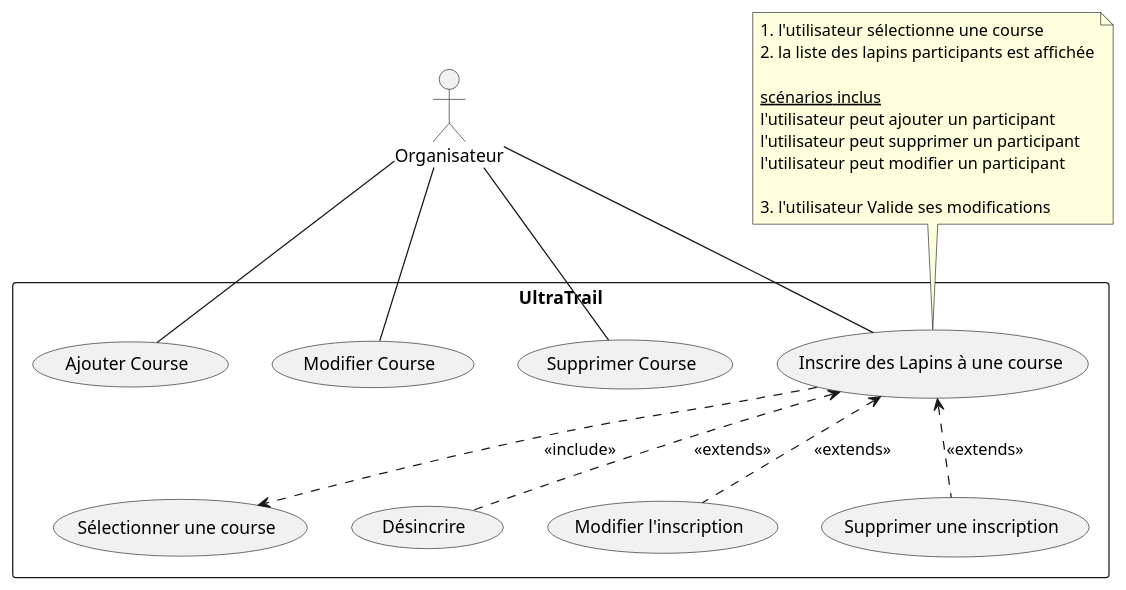
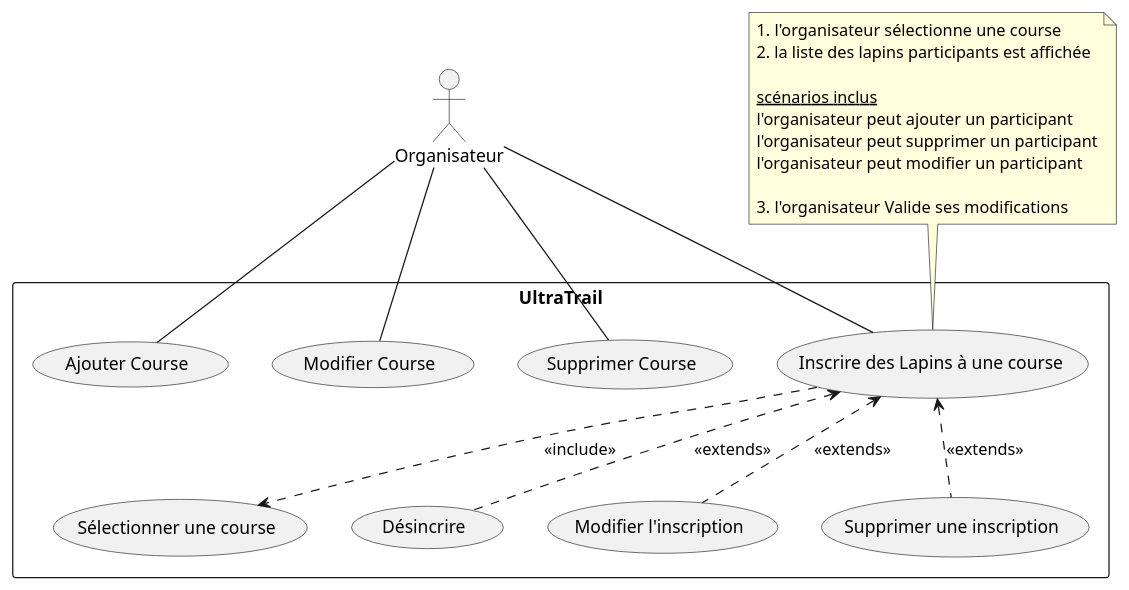
The diagram in readme.md (Enstso/UltraTrailDesLapins), drawn with PlantUML before and after one commit. The commit also changed other lines of this file and 23 other files, not shown here.

````diff
--- a/readme.md
+++ b/readme.md
@@ -11,26 +52,26 @@
 ```plantuml
 @startuml cas d'utilisation
 Organisateur as Organisateur
 rectangle UltraTrail {
     Organisateur -- (Ajouter Course)
     Organisateur -- (Modifier Course)
     Organisateur -- (Supprimer Course)
     Organisateur -- (Inscrire des Lapins à une course)
     (Inscrire des Lapins à une course)..>(Sélectionner une course):<<include>>
     (Inscrire des Lapins à une course)<..(Désincrire):<<extends>>
     (Inscrire des Lapins à une course)<..(Modifier l'inscription):<<extends>>
     (Inscrire des Lapins à une course)<..(Supprimer une inscription):<<extends>>    
 }
 note top of (Inscrire des Lapins à une course)
-  1. l'utilisateur sélectionne une course
+  1. l'organisateur sélectionne une course
   2. la liste des lapins participants est affichée
   
   <u>scénarios inclus</u>
-  l'utilisateur peut ajouter un participant
-  l'utilisateur peut supprimer un participant
-  l'utilisateur peut modifier un participant
+  l'organisateur peut ajouter un participant
+  l'organisateur peut supprimer un participant
+  l'organisateur peut modifier un participant
   
-  3. l'utilisateur Valide ses modifications
+  3. l'organisateur Valide ses modifications
 end note
 @enduml
 ```
````
